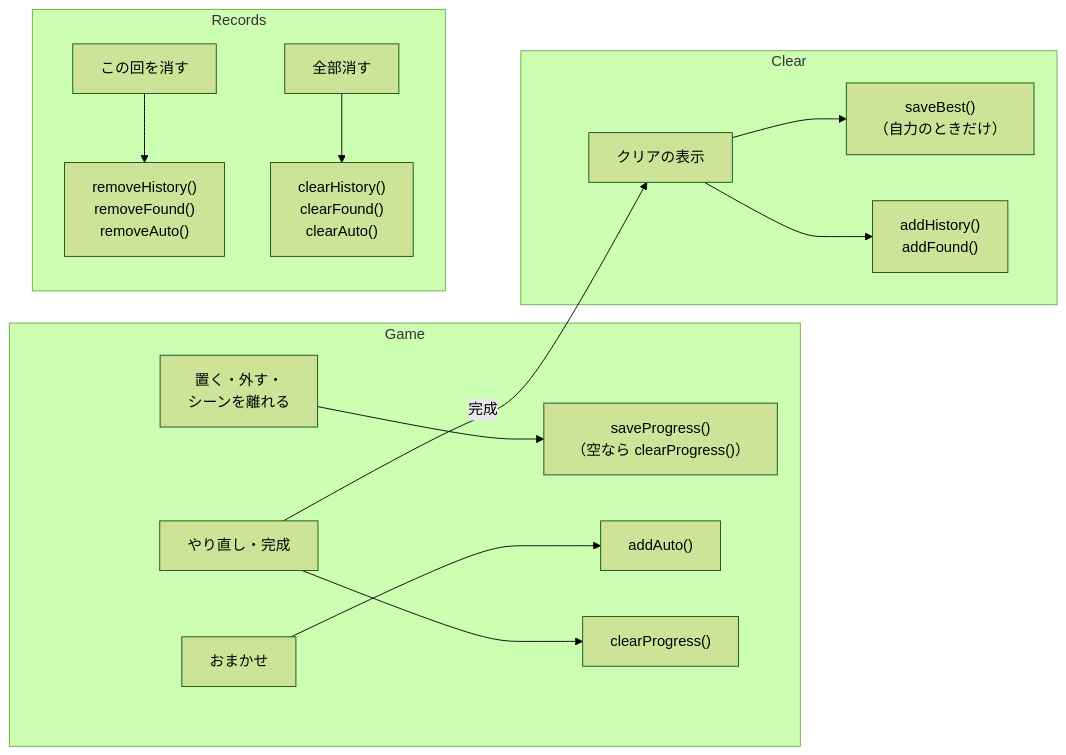
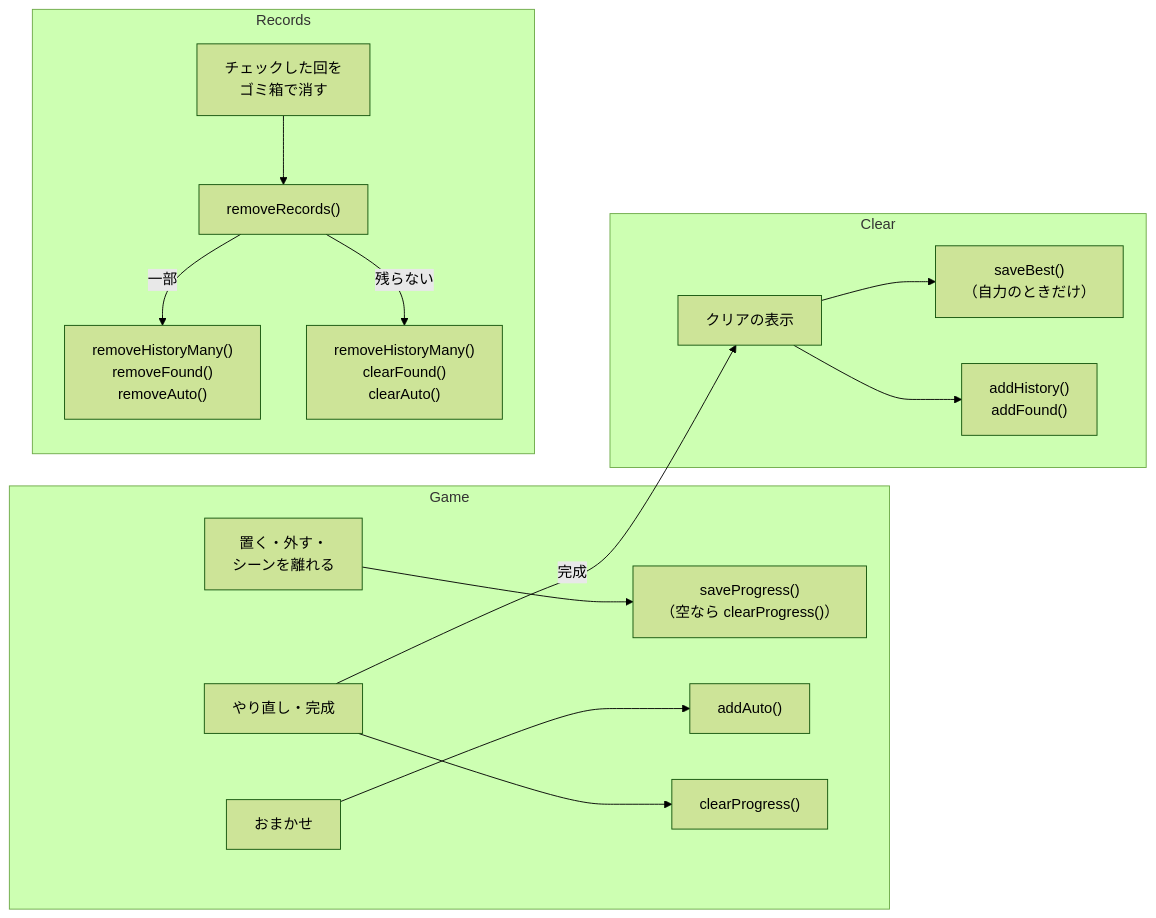
One commit to ytani01/pentomino-puzzle changed the third of 3 diagrams in docs/developer.md. Above: the diagram before and after it, drawn with Mermaid (forest theme). The commit also changed other lines of this file and 25 other files, not shown here.

````diff
--- a/docs/developer.md
+++ b/docs/developer.md
@@ -409,17 +411,18 @@
 ```mermaid
 flowchart LR
   subgraph Game
     G1["置く・外す・<br>シーンを離れる"] --> P["saveProgress()<br>（空なら clearProgress()）"]
     G2["おまかせ"] --> A["addAuto()"]
     G3["やり直し・完成"] --> C["clearProgress()"]
   end
   subgraph Clear
     K["クリアの表示"] --> B["saveBest()<br>（自力のときだけ）"]
     K --> H["addHistory()<br>addFound()"]
   end
   subgraph Records
-    R1["この回を消す"] --> RM["removeHistory()<br>removeFound()<br>removeAuto()"]
-    R2["全部消す"] --> CL["clearHistory()<br>clearFound()<br>clearAuto()"]
+    R1["チェックした回を<br>ゴミ箱で消す"] --> RM["removeRecords()"]
+    RM -- "一部" --> RP["removeHistoryMany()<br>removeFound()<br>removeAuto()"]
+    RM -- "残らない" --> CL["removeHistoryMany()<br>clearFound()<br>clearAuto()"]
   end
   G3 -- "完成" --> K
 ```
````
